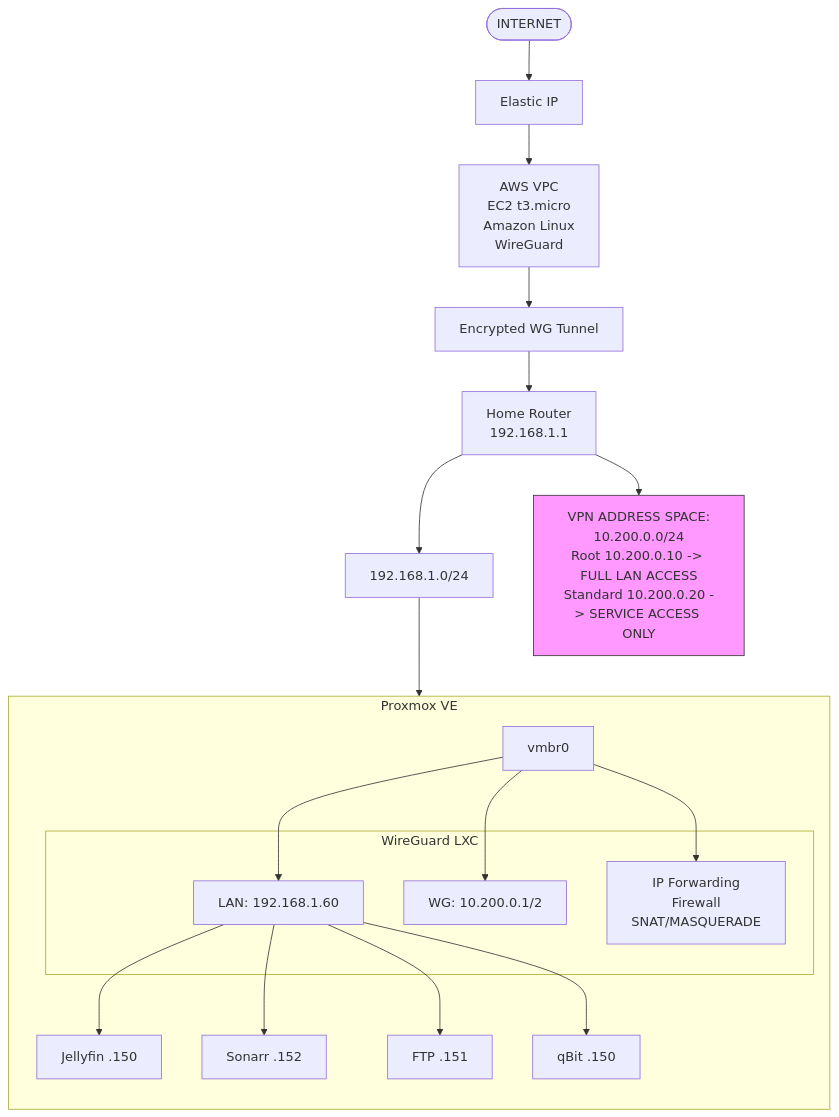
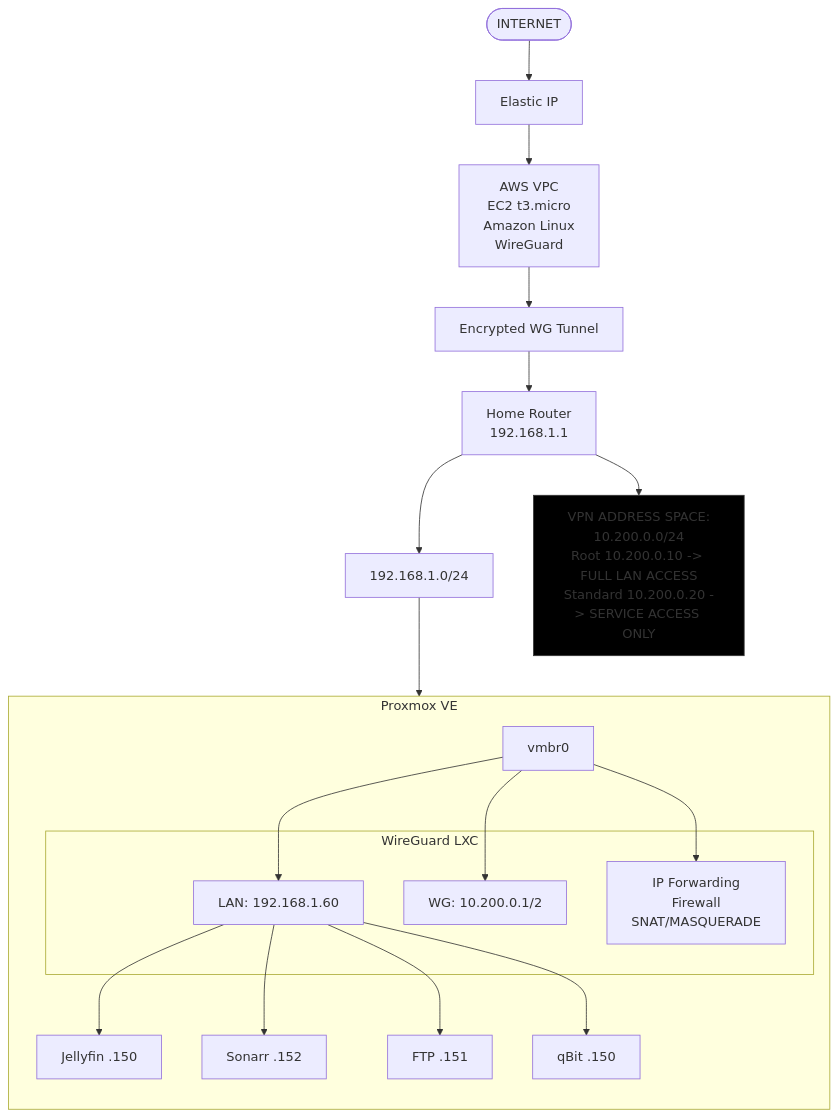
One commit to devarshinichite/aws-cloud-journey changed the second of 6 diagrams in Homelab VPN/homelab-vpn-hld-lld.md. Above: the diagram before and after it, drawn with Mermaid.

Commit message:
Update homelab-vpn-hld-lld.md
Updated the note class definition color in the diagram.

````diff
--- a/Homelab VPN/homelab-vpn-hld-lld.md
+++ b/Homelab VPN/homelab-vpn-hld-lld.md
@@ -224,31 +224,31 @@
 ```mermaid
 flowchart TB
     Internet([INTERNET]) --> ElasticIP["Elastic IP"]
     ElasticIP --> EC2["AWS VPC\nEC2 t3.micro\nAmazon Linux\nWireGuard"]
     EC2 --> Tunnel["Encrypted WG Tunnel"]
     Tunnel --> Router["Home Router\n192.168.1.1"]
     Router --> LAN["192.168.1.0/24"]
 
     subgraph Proxmox [Proxmox VE]
         direction TB
         vmbr0["vmbr0"]
         subgraph WG_LXC [WireGuard LXC]
             WG_LXC_LAN["LAN: 192.168.1.60"]
             WG_LXC_WG["WG: 10.200.0.1/2"]
             WG_LXC_FW["IP Forwarding\nFirewall\nSNAT/MASQUERADE"]
         end
         vmbr0 --> WG_LXC_LAN
         vmbr0 --> WG_LXC_WG
         vmbr0 --> WG_LXC_FW
         WG_LXC_LAN --> Jellyfin["Jellyfin .150"]
         WG_LXC_LAN --> Sonarr["Sonarr .152"]
         WG_LXC_LAN --> FTP["FTP .151"]
         WG_LXC_LAN --> QBit["qBit .150"]
     end
 
     LAN --> Proxmox
 
-    classDef note fill:#f9f,stroke:#333,stroke-width:1px;
+    classDef note fill:#000,stroke:#333,stroke-width:1px;
     note["VPN ADDRESS SPACE:\n10.200.0.0/24\nRoot 10.200.0.10 -> FULL LAN ACCESS\nStandard 10.200.0.20 -> SERVICE ACCESS ONLY"]:::note
     Router --> note
 ```
````
